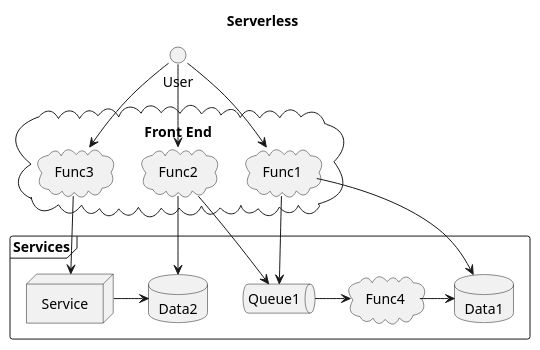
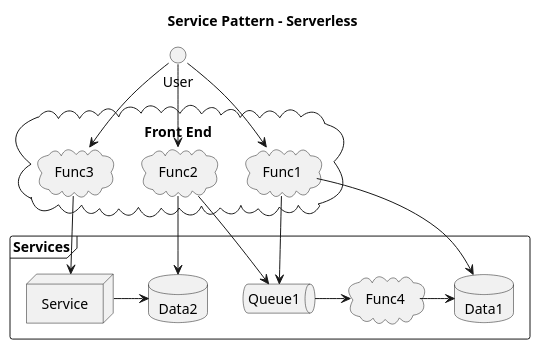
The third of 3 diagrams in ArchitecturePatterns/ServicePatterns.md (mwwhited-notes/shared), drawn with PlantUML before and after one commit. The commit also changed other lines of this file and 7 other files, not shown here.

Commit message:
update architectural patterns and add creational patterns

````diff
--- a/ArchitecturePatterns/ServicePatterns.md
+++ b/ArchitecturePatterns/ServicePatterns.md
@@ -51,32 +51,32 @@
 ```plantuml
-title: Serverless
+title: Service Pattern - Serverless
 
 () User
 
 cloud "Front End" {
     cloud Func1
     cloud Func2
     cloud Func3
 }
 frame Services {
     cloud Func4
 
     database Data1
     queue Queue1
     database Data2
     Node Service    
 }
 
 User --> Func1
 User --> Func2
 User --> Func3
 
 Func1 --> Data1
 Func1 --> Queue1
 Func2 --> Queue1
 Func2 --> Data2
 Func3 --> Service
 Service -> Data2
 Queue1 -> Func4
 Func4 -> Data1
 ```
````
